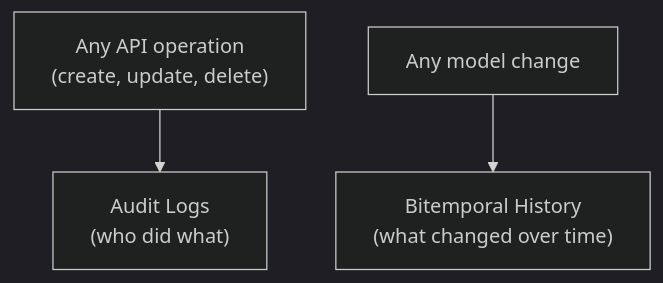
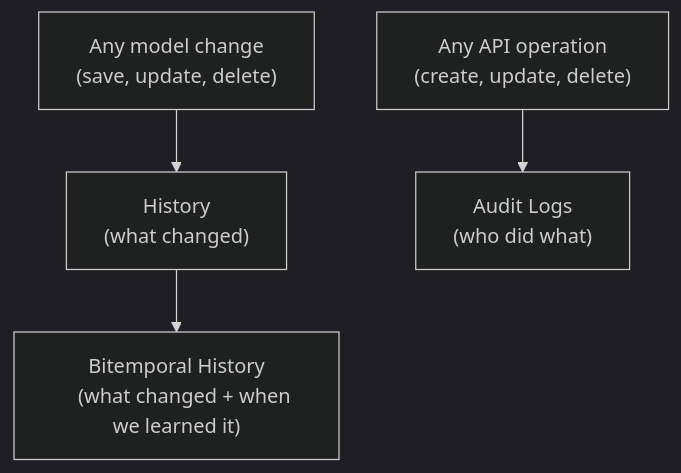
The diagram in content/features/tracking/index.md (ExcellenceCloudGmbH/lex-app-docs), drawn with Mermaid (dark theme) before and after one commit. The commit also changed other lines of this file and 59 other files, not shown here.

````diff
--- a/content/features/tracking/index.md
+++ b/content/features/tracking/index.md
@@ -7,8 +7,11 @@
 ```mermaid
 flowchart TB
-    A["Any API operation
-    (create, update, delete)"] --> B["Audit Logs
+    A["Any model change
+    (save, update, delete)"] --> B["History
+    (what changed)"]
+    B --> C["Bitemporal History
+    (what changed + when we learned it)"]
+    D["Any API operation
+    (create, update, delete)"] --> E["Audit Logs
     (who did what)"]
-    C["Any model change"] --> D["Bitemporal History
-    (what changed over time)"]
 ```
````
